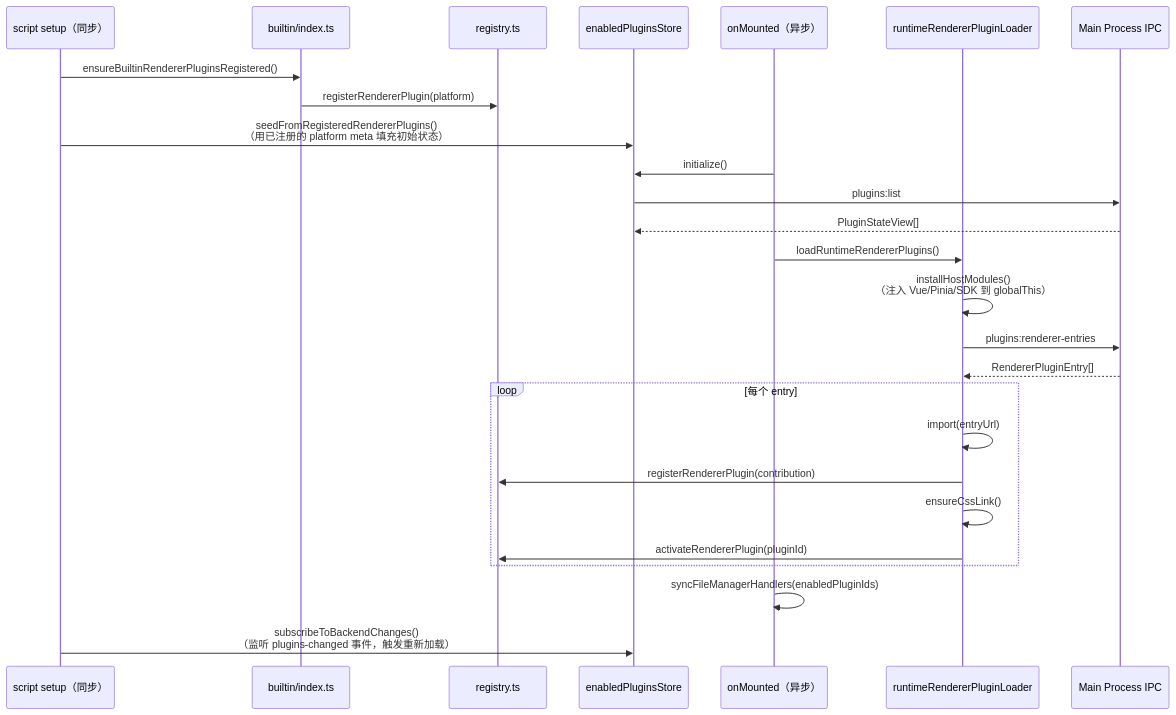
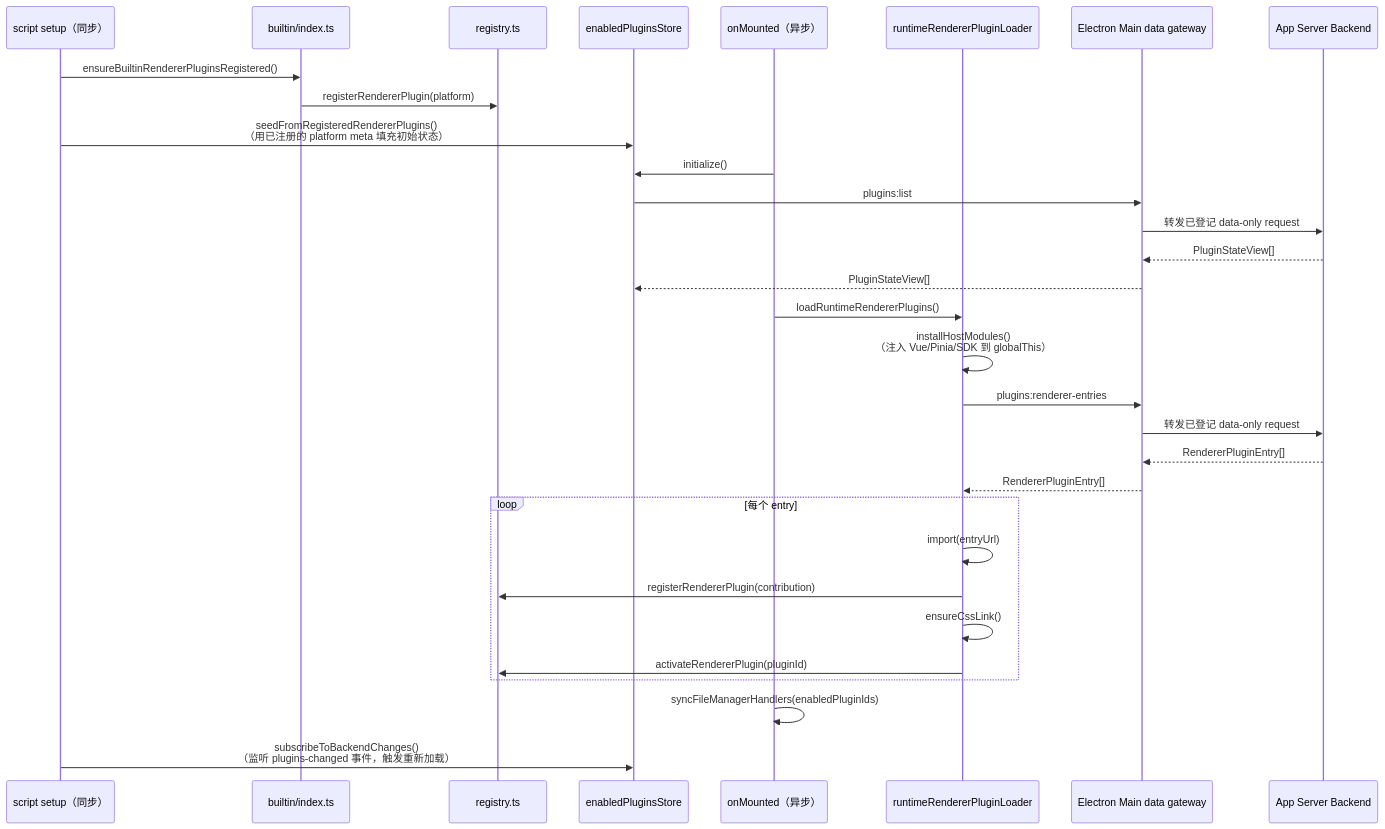
Before and after one commit to linnlabs/linnya: the fourth of 6 diagrams in docs/plugins/architecture.md, drawn with Mermaid. The commit also changed other lines of this file and 18 other files, not shown here.

````diff
--- a/docs/plugins/architecture.md
+++ b/docs/plugins/architecture.md
@@ -137,33 +157,38 @@
 ```mermaid
 sequenceDiagram
     participant Script as script setup（同步）
     participant Builtin as builtin/index.ts
     participant Registry as registry.ts
     participant Store as enabledPluginsStore
     participant Mounted as onMounted（异步）
     participant Loader as runtimeRendererPluginLoader
-    participant IPC as Main Process IPC
+    participant Gateway as Electron Main data gateway
+    participant Backend as App Server Backend
 
     Script->>Builtin: ensureBuiltinRendererPluginsRegistered()
     Builtin->>Registry: registerRendererPlugin(platform)
     Script->>Store: seedFromRegisteredRendererPlugins()<br/>（用已注册的 platform meta 填充初始状态）
 
     Mounted->>Store: initialize()
-    Store->>IPC: plugins:list
-    IPC-->>Store: PluginStateView[]
+    Store->>Gateway: plugins:list
+    Gateway->>Backend: 转发已登记 data-only request
+    Backend-->>Gateway: PluginStateView[]
+    Gateway-->>Store: PluginStateView[]
 
     Mounted->>Loader: loadRuntimeRendererPlugins()
     Loader->>Loader: installHostModules()<br/>（注入 Vue/Pinia/SDK 到 globalThis）
-    Loader->>IPC: plugins:renderer-entries
-    IPC-->>Loader: RendererPluginEntry[]
+    Loader->>Gateway: plugins:renderer-entries
+    Gateway->>Backend: 转发已登记 data-only request
+    Backend-->>Gateway: RendererPluginEntry[]
+    Gateway-->>Loader: RendererPluginEntry[]
     loop 每个 entry
         Loader->>Loader: import(entryUrl)
         Loader->>Registry: registerRendererPlugin(contribution)
         Loader->>Loader: ensureCssLink()
         Loader->>Registry: activateRendererPlugin(pluginId)
     end
 
     Mounted->>Mounted: syncFileManagerHandlers(enabledPluginIds)
 
     Script->>Store: subscribeToBackendChanges()<br/>（监听 plugins-changed 事件，触发重新加载）
 ```
````
